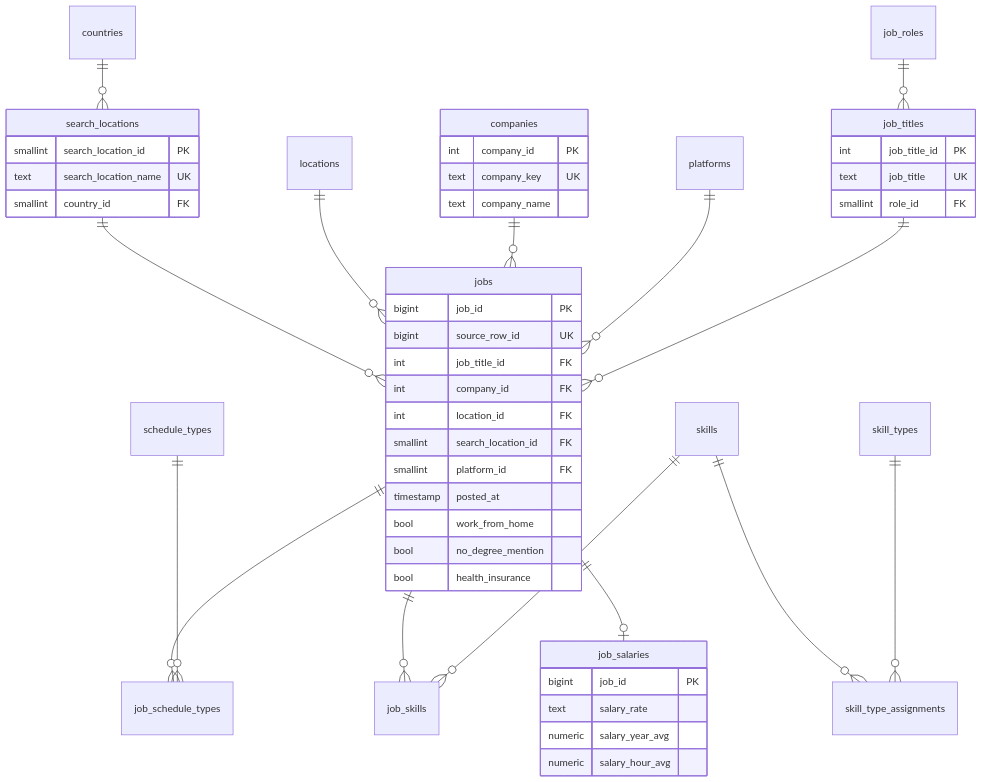
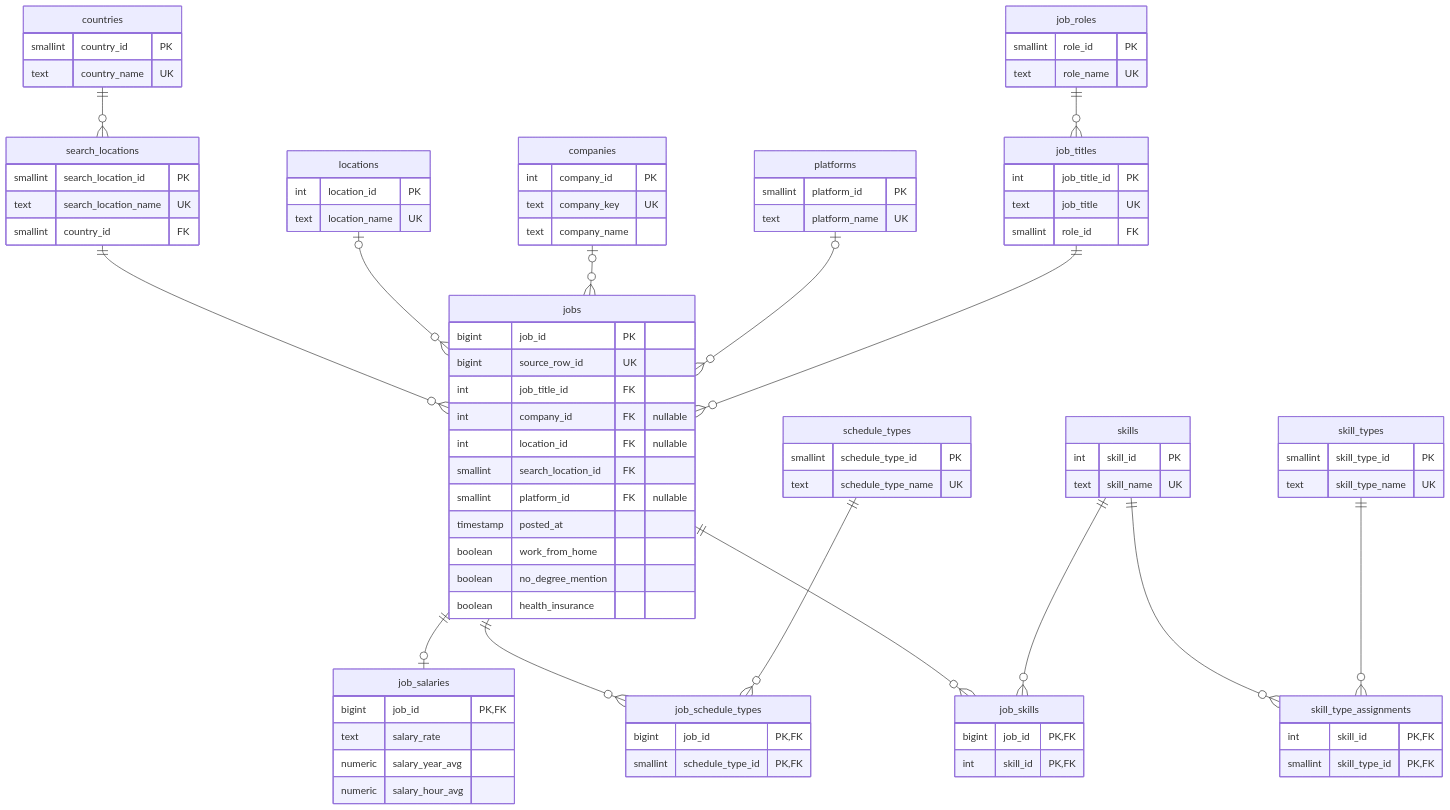
Before and after one commit to Zauron207/prueba-tecnica-Iluma: the diagram in README.md, drawn with Mermaid. The commit also changed other lines of this file, not shown here.

First line of the commit message:
docs: README más detallado y diagrama ER completo

````diff
--- a/README.md
+++ b/README.md
@@ -162,51 +162,91 @@
 erDiagram
     countries ||--o{ search_locations : ""
     search_locations ||--o{ jobs : ""
-    locations ||--o{ jobs : ""
-    companies ||--o{ jobs : ""
-    platforms ||--o{ jobs : ""
+    locations |o--o{ jobs : ""
+    companies |o--o{ jobs : ""
+    platforms |o--o{ jobs : ""
     job_roles ||--o{ job_titles : ""
     job_titles ||--o{ jobs : ""
+    jobs ||--o| job_salaries : ""
     jobs ||--o{ job_schedule_types : ""
     schedule_types ||--o{ job_schedule_types : ""
     jobs ||--o{ job_skills : ""
     skills ||--o{ job_skills : ""
     skills ||--o{ skill_type_assignments : ""
     skill_types ||--o{ skill_type_assignments : ""
-    jobs ||--o| job_salaries : ""
 
     jobs {
         bigint job_id PK
         bigint source_row_id UK
         int job_title_id FK
-        int company_id FK
-        int location_id FK
+        int company_id FK "nullable"
+        int location_id FK "nullable"
         smallint search_location_id FK
-        smallint platform_id FK
+        smallint platform_id FK "nullable"
         timestamp posted_at
-        bool work_from_home
-        bool no_degree_mention
-        bool health_insurance
+        boolean work_from_home
+        boolean no_degree_mention
+        boolean health_insurance
     }
     job_titles {
         int job_title_id PK
         text job_title UK
         smallint role_id FK
     }
-    search_locations {
-        smallint search_location_id PK
-        text search_location_name UK
-        smallint country_id FK
+    job_roles {
+        smallint role_id PK
+        text role_name UK
     }
     companies {
         int company_id PK
         text company_key UK
         text company_name
     }
+    locations {
+        int location_id PK
+        text location_name UK
+    }
+    search_locations {
+        smallint search_location_id PK
+        text search_location_name UK
+        smallint country_id FK
+    }
+    countries {
+        smallint country_id PK
+        text country_name UK
+    }
+    platforms {
+        smallint platform_id PK
+        text platform_name UK
+    }
     job_salaries {
-        bigint job_id PK
+        bigint job_id PK, FK
         text salary_rate
         numeric salary_year_avg
         numeric salary_hour_avg
     }
+    job_schedule_types {
+        bigint job_id PK, FK
+        smallint schedule_type_id PK, FK
+    }
+    schedule_types {
+        smallint schedule_type_id PK
+        text schedule_type_name UK
+    }
+    job_skills {
+        bigint job_id PK, FK
+        int skill_id PK, FK
+    }
+    skills {
+        int skill_id PK
+        text skill_name UK
+    }
+    skill_type_assignments {
+        int skill_id PK, FK
+        smallint skill_type_id PK, FK
+    }
+    skill_types {
+        smallint skill_type_id PK
+        text skill_type_name UK
+    }
 ```
````
